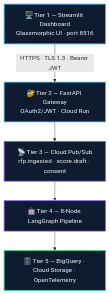
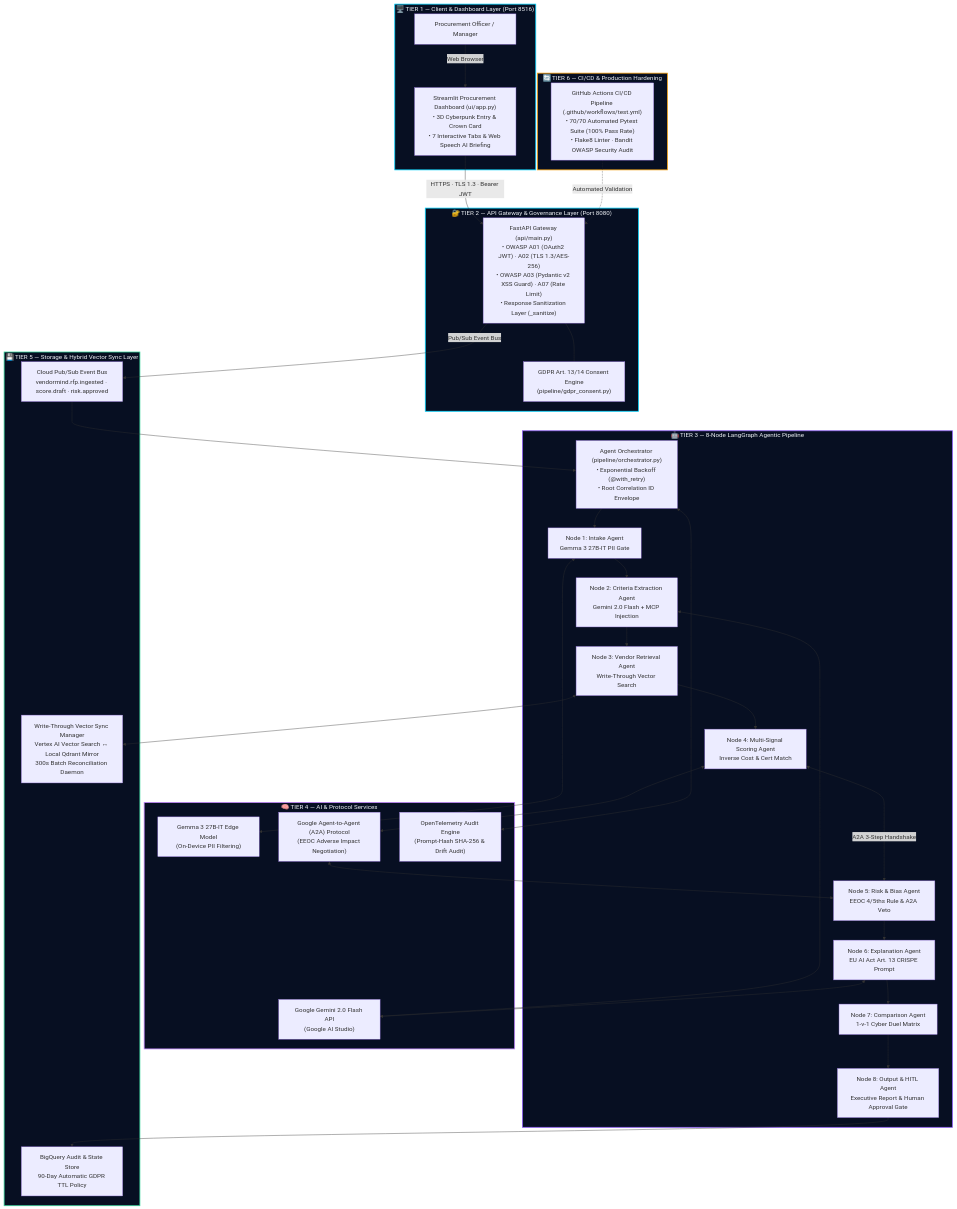
Before and after one commit to vinaybabannavar-create/VendorMind-AI: the first of 2 diagrams in README.md, drawn with Mermaid. The commit also changed other lines of this file, not shown here.

Commit message:
docs: Upgrade README.md System Architecture to complete 6-tier diagram with 8-node LangGraph agent layout

````diff
--- a/README.md
+++ b/README.md
@@ -95,16 +93,64 @@
 ```mermaid
 flowchart TD
-    UI["🖥️ Tier 1 — Streamlit Dashboard\nGlassmorphic UI · port 8516"]
-    GW["🔐 Tier 2 — FastAPI Gateway\nOAuth2/JWT · Cloud Run"]
-    BUS["📡 Tier 3 — Cloud Pub/Sub\nrfp.ingested · score.draft · consent"]
-    PIPE["🤖 Tier 4 — 8-Node LangGraph Pipeline"]
-    DATA["🗄️ Tier 5 — BigQuery · Cloud Storage · OpenTelemetry"]
+    subgraph TIER1["🖥️ TIER 1 — Client & Dashboard Layer (Port 8516)"]
+        UI["Streamlit Procurement Dashboard (ui/app.py)\n• 3D Cyberpunk Entry & Crown Card\n• 7 Interactive Tabs & Web Speech AI Briefing"]
+        USER["Procurement Officer / Manager"]
+        USER -->|Web Browser| UI
+    end
 
-    UI -->|HTTPS · TLS 1.3 · Bearer JWT| GW --> BUS --> PIPE --> DATA
+    subgraph TIER2["🔐 TIER 2 — API Gateway & Governance Layer (Port 8080)"]
+        GW["FastAPI Gateway (api/main.py)\n• OWASP A01 (OAuth2 JWT) · A02 (TLS 1.3/AES-256)\n• OWASP A03 (Pydantic v2 XSS Guard) · A07 (Rate Limit)\n• Response Sanitization Layer (_sanitize)"]
+        GDPR["GDPR Art. 13/14 Consent Engine\n(pipeline/gdpr_consent.py)"]
+        GW --- GDPR
+    end
 
-    style UI fill:#0F1B2E,stroke:#38BDF8,stroke-width:2px,color:#F1F5F9
-    style GW fill:#0F1B2E,stroke:#38BDF8,stroke-width:2px,color:#F1F5F9
-    style BUS fill:#0F1B2E,stroke:#8B5CF6,stroke-width:2px,color:#F1F5F9
-    style PIPE fill:#0F1B2E,stroke:#8B5CF6,stroke-width:2px,color:#F1F5F9
-    style DATA fill:#0F1B2E,stroke:#34D399,stroke-width:2px,color:#F1F5F9
+    subgraph TIER3["🤖 TIER 3 — 8-Node LangGraph Agentic Pipeline"]
+        ORCH["Agent Orchestrator (pipeline/orchestrator.py)\n• Exponential Backoff (@with_retry)\n• Root Correlation ID Envelope"]
+        N1["Node 1: Intake Agent\nGemma 3 27B-IT PII Gate"]
+        N2["Node 2: Criteria Extraction Agent\nGemini 2.0 Flash + MCP Injection"]
+        N3["Node 3: Vendor Retrieval Agent\nWrite-Through Vector Search"]
+        N4["Node 4: Multi-Signal Scoring Agent\nInverse Cost & Cert Match"]
+        N5["Node 5: Risk & Bias Agent\nEEOC 4/5ths Rule & A2A Veto"]
+        N6["Node 6: Explanation Agent\nEU AI Act Art. 13 CRISPE Prompt"]
+        N7["Node 7: Comparison Agent\n1-v-1 Cyber Duel Matrix"]
+        N8["Node 8: Output & HITL Agent\nExecutive Report & Human Approval Gate"]
+
+        ORCH --> N1 --> N2 --> N3 --> N4 <-->|A2A 3-Step Handshake| N5 --> N6 --> N7 --> N8
+    end
+
+    subgraph TIER4["🧠 TIER 4 — AI & Protocol Services"]
+        GEMINI["Google Gemini 2.0 Flash API\n(Google AI Studio)"]
+        GEMMA["Gemma 3 27B-IT Edge Model\n(On-Device PII Filtering)"]
+        A2A["Google Agent-to-Agent (A2A) Protocol\n(EEOC Adverse Impact Negotiation)"]
+        OTEL["OpenTelemetry Audit Engine\n(Prompt-Hash SHA-256 & Drift Audit)"]
+    end
+
+    subgraph TIER5["💾 TIER 5 — Storage & Hybrid Vector Sync Layer"]
+        PUBSUB["Cloud Pub/Sub Event Bus\nvendormind.rfp.ingested · score.draft · risk.approved"]
+        VSYNC["Write-Through Vector Sync Manager\nVertex AI Vector Search ↔ Local Qdrant Mirror\n300s Batch Reconciliation Daemon"]
+        STORE["BigQuery Audit & State Store\n90-Day Automatic GDPR TTL Policy"]
+    end
+
+    subgraph TIER6["🔄 TIER 6 — CI/CD & Production Hardening"]
+        CICD["GitHub Actions CI/CD Pipeline (.github/workflows/test.yml)\n• 70/70 Automated Pytest Suite (100% Pass Rate)\n• Flake8 Linter · Bandit OWASP Security Audit"]
+    end
+
+    UI -->|HTTPS · TLS 1.3 · Bearer JWT| GW
+    GW -->|Pub/Sub Event Bus| PUBSUB
+    PUBSUB --> ORCH
+    N1 <--> GEMMA
+    N2 <--> GEMINI
+    N3 <--> VSYNC
+    N4 <--> A2A <--> N5
+    N6 <--> GEMINI
+    ORCH <--> OTEL
+    N8 --> STORE
+    CICD -.->|Automated Validation| GW
+
+    style TIER1 fill:#070F22,stroke:#00D4FF,stroke-width:2px,color:#F1F5F9
+    style TIER2 fill:#070F22,stroke:#00D4FF,stroke-width:2px,color:#F1F5F9
+    style TIER3 fill:#070F22,stroke:#8B5CF6,stroke-width:2px,color:#F1F5F9
+    style TIER4 fill:#070F22,stroke:#C084FC,stroke-width:2px,color:#F1F5F9
+    style TIER5 fill:#070F22,stroke:#34D399,stroke-width:2px,color:#F1F5F9
+    style TIER6 fill:#070F22,stroke:#F59E0B,stroke-width:2px,color:#F1F5F9
 ```
````
